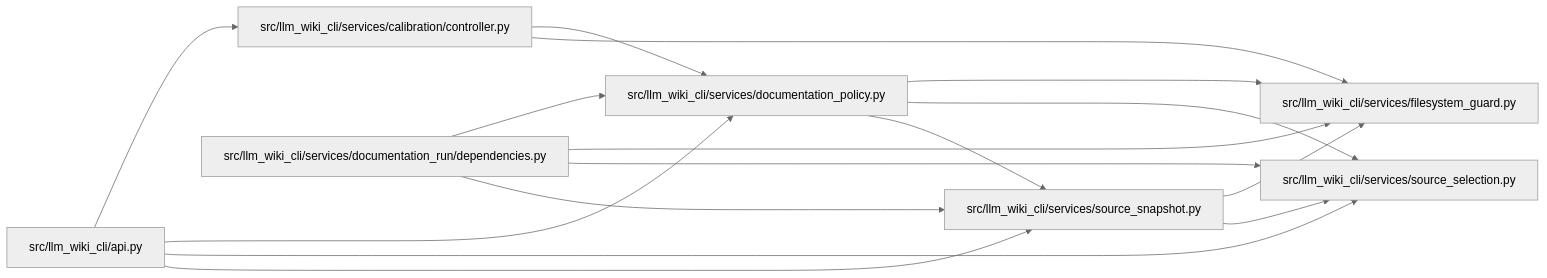
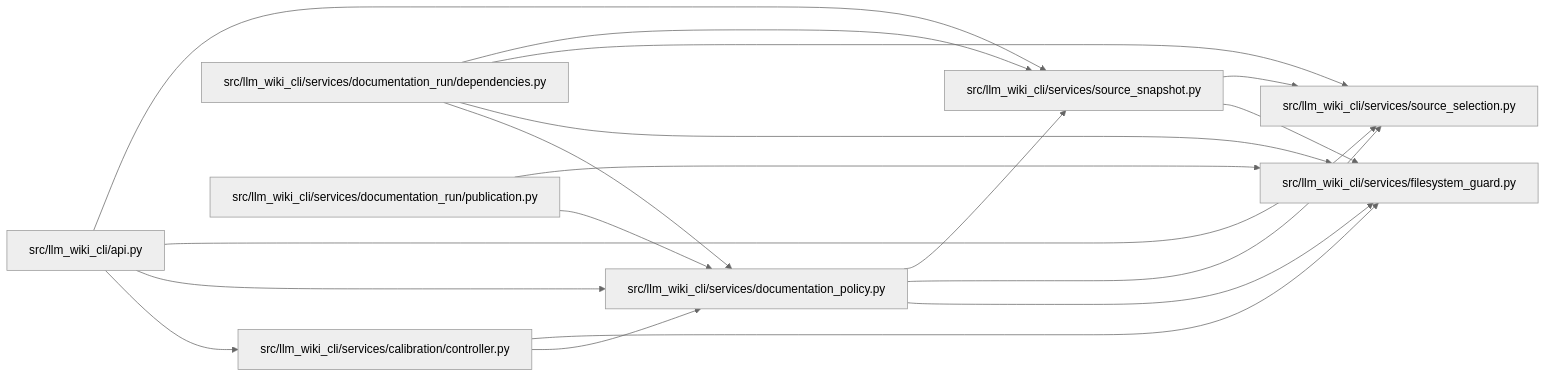
Before and after one commit to Denissvgn/python-wiki-llm: the diagram in docs/llm_wiki/modules/documentation_policy.md, drawn with Mermaid (neutral theme). The commit also changed other lines of this file and 375 other files, not shown here.

Commit message:
feat: propose independently reviewed patches for mapped wiki documentation

````diff
--- a/docs/llm_wiki/modules/documentation_policy.md
+++ b/docs/llm_wiki/modules/documentation_policy.md
@@ -34,32 +34,36 @@
 ```mermaid
 flowchart LR
     n0["src/llm_wiki_cli/api.py"]
     n1["src/llm_wiki_cli/services/calibration/controller.py"]
     n2["src/llm_wiki_cli/services/documentation_policy.py"]
     n3["src/llm_wiki_cli/services/documentation_run/dependencies.py"]
-    n4["src/llm_wiki_cli/services/filesystem_guard.py"]
-    n5["src/llm_wiki_cli/services/source_selection.py"]
-    n6["src/llm_wiki_cli/services/source_snapshot.py"]
+    n4["src/llm_wiki_cli/services/documentation_run/publication.py"]
+    n5["src/llm_wiki_cli/services/filesystem_guard.py"]
+    n6["src/llm_wiki_cli/services/source_selection.py"]
+    n7["src/llm_wiki_cli/services/source_snapshot.py"]
     n0 --> n1
     n0 --> n2
-    n0 --> n5
     n0 --> n6
+    n0 --> n7
     n1 --> n2
-    n1 --> n4
-    n2 --> n4
+    n1 --> n5
     n2 --> n5
     n2 --> n6
+    n2 --> n7
     n3 --> n2
-    n3 --> n4
     n3 --> n5
     n3 --> n6
-    n6 --> n4
-    n6 --> n5
+    n3 --> n7
+    n4 --> n2
+    n4 --> n5
+    n7 --> n5
+    n7 --> n6
     click n0 "../modules/api.md"
     click n1 "../modules/controller.md"
     click n2 "../modules/documentation_policy.md"
     click n3 "../modules/documentation_run_dependencies.md"
-    click n4 "../modules/filesystem_guard.md"
-    click n5 "../modules/source_selection.md"
-    click n6 "../modules/source_snapshot.md"
+    click n4 "../modules/publication.md"
+    click n5 "../modules/filesystem_guard.md"
+    click n6 "../modules/source_selection.md"
+    click n7 "../modules/source_snapshot.md"
 ```
````
